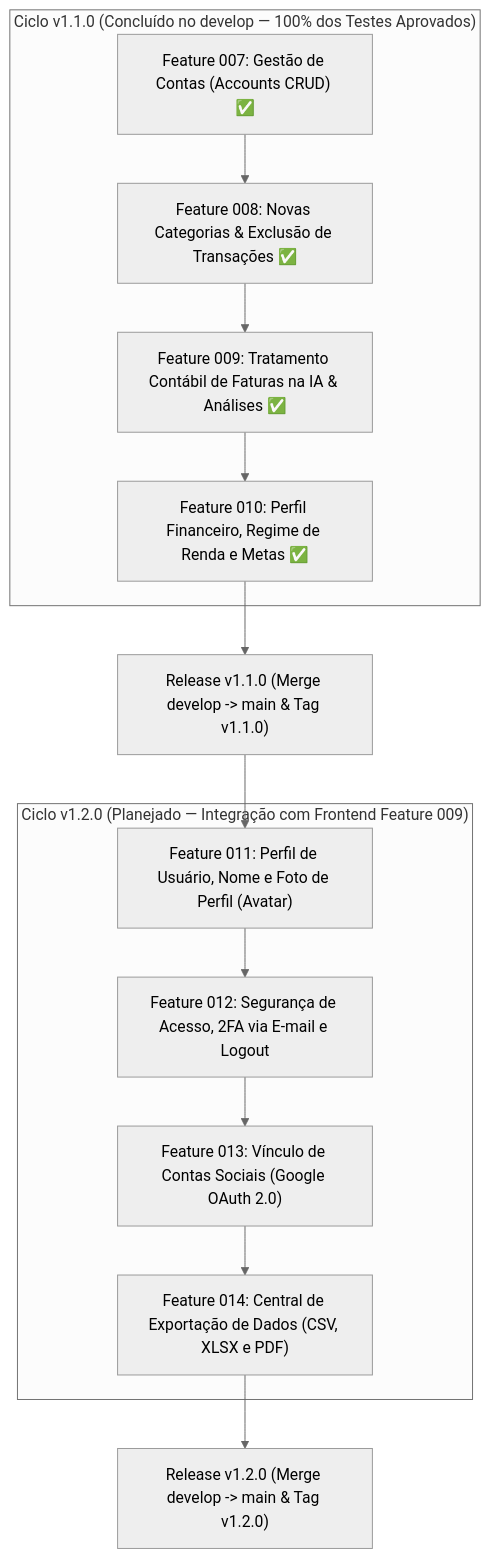
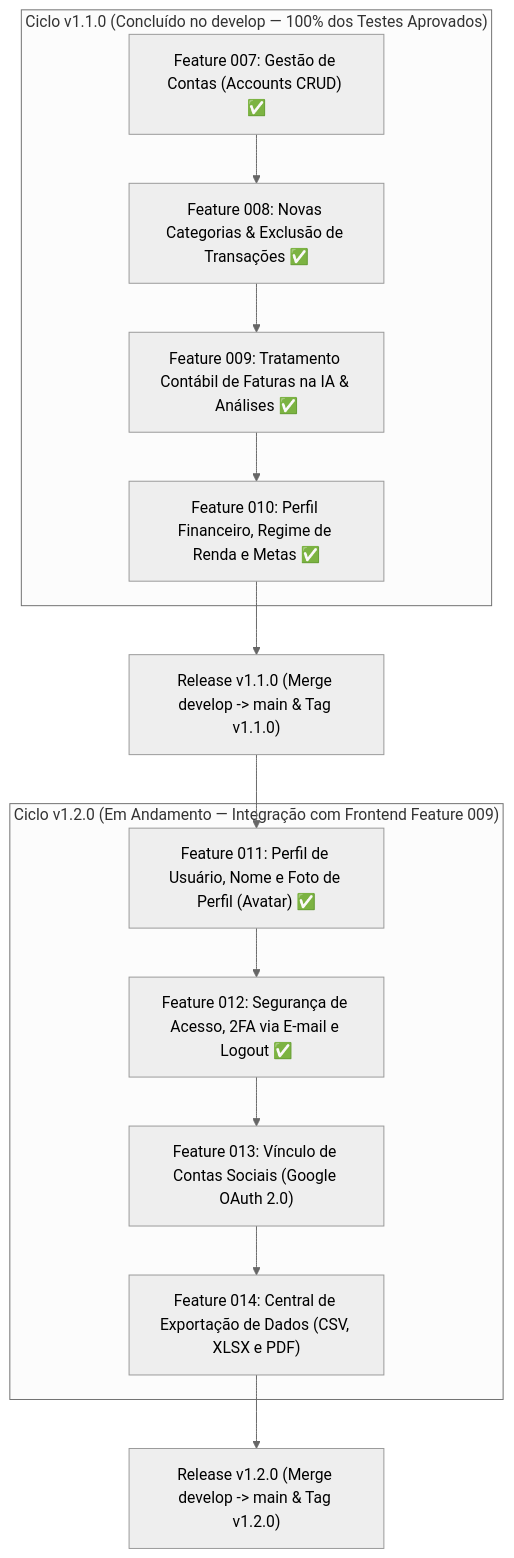
Before and after one commit to Projeto-TCC-Dash/projeto-backend-dashboard: the first of 2 diagrams in ROADMAP.md, drawn with Mermaid (neutral theme). The commit also changed other lines of this file, not shown here.

Commit message:
docs(roadmap): update feature 011 and 012 status to completed

````diff
--- a/ROADMAP.md
+++ b/ROADMAP.md
@@ -19,24 +19,24 @@
 ```mermaid
 flowchart TD
     subgraph v110 ["Ciclo v1.1.0 (Concluído no develop — 100% dos Testes Aprovados)"]
         F007["Feature 007: Gestão de Contas (Accounts CRUD) ✅"]
         F008["Feature 008: Novas Categorias & Exclusão de Transações ✅"]
         F009["Feature 009: Tratamento Contábil de Faturas na IA & Análises ✅"]
         F010["Feature 010: Perfil Financeiro, Regime de Renda e Metas ✅"]
     end
 
-    subgraph v120 ["Ciclo v1.2.0 (Planejado — Integração com Frontend Feature 009)"]
-        F011["Feature 011: Perfil de Usuário, Nome e Foto de Perfil (Avatar)"]
-        F012["Feature 012: Segurança de Acesso, 2FA via E-mail e Logout"]
+    subgraph v120 ["Ciclo v1.2.0 (Em Andamento — Integração com Frontend Feature 009)"]
+        F011["Feature 011: Perfil de Usuário, Nome e Foto de Perfil (Avatar) ✅"]
+        F012["Feature 012: Segurança de Acesso, 2FA via E-mail e Logout ✅"]
         F013["Feature 013: Vínculo de Contas Sociais (Google OAuth 2.0)"]
         F014["Feature 014: Central de Exportação de Dados (CSV, XLSX e PDF)"]
     end
 
     F007 --> F008 --> F009 --> F010
     F010 --> Release110["Release v1.1.0 (Merge develop -> main & Tag v1.1.0)"]
     Release110 --> F011
     F011 --> F012
     F012 --> F013
     F013 --> F014
     F014 --> Release120["Release v1.2.0 (Merge develop -> main & Tag v1.2.0)"]
 ```
````
